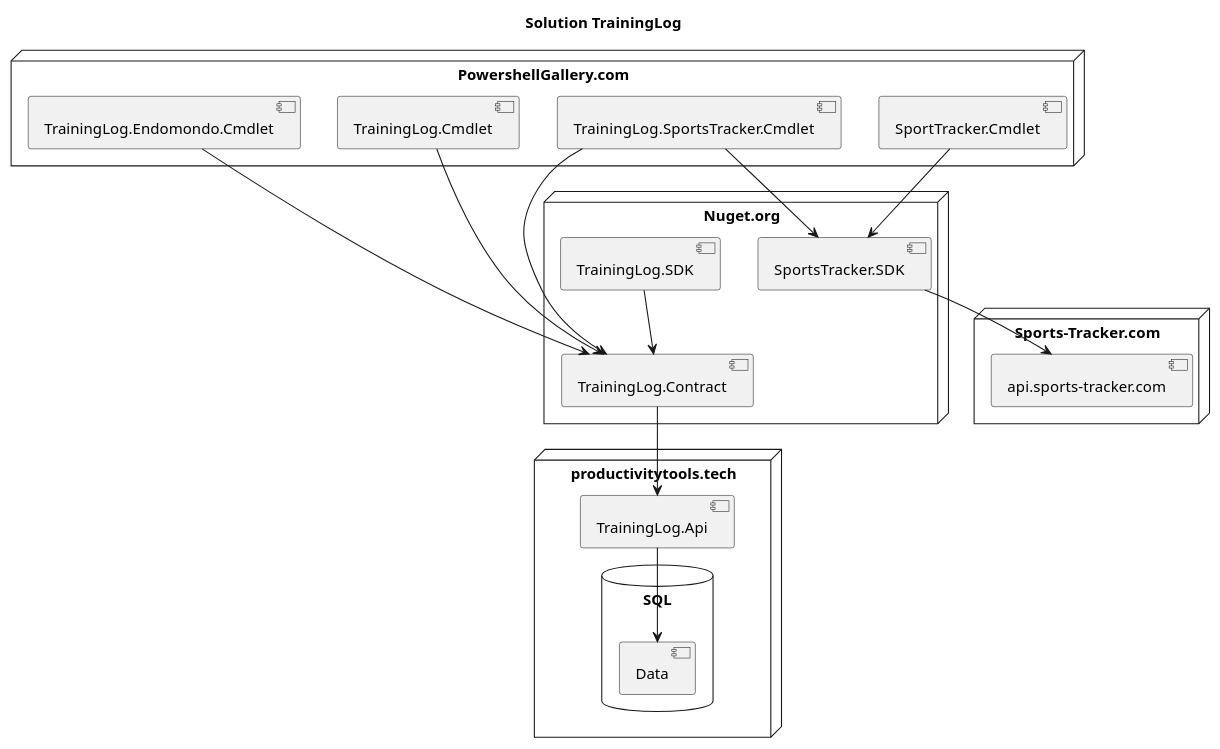
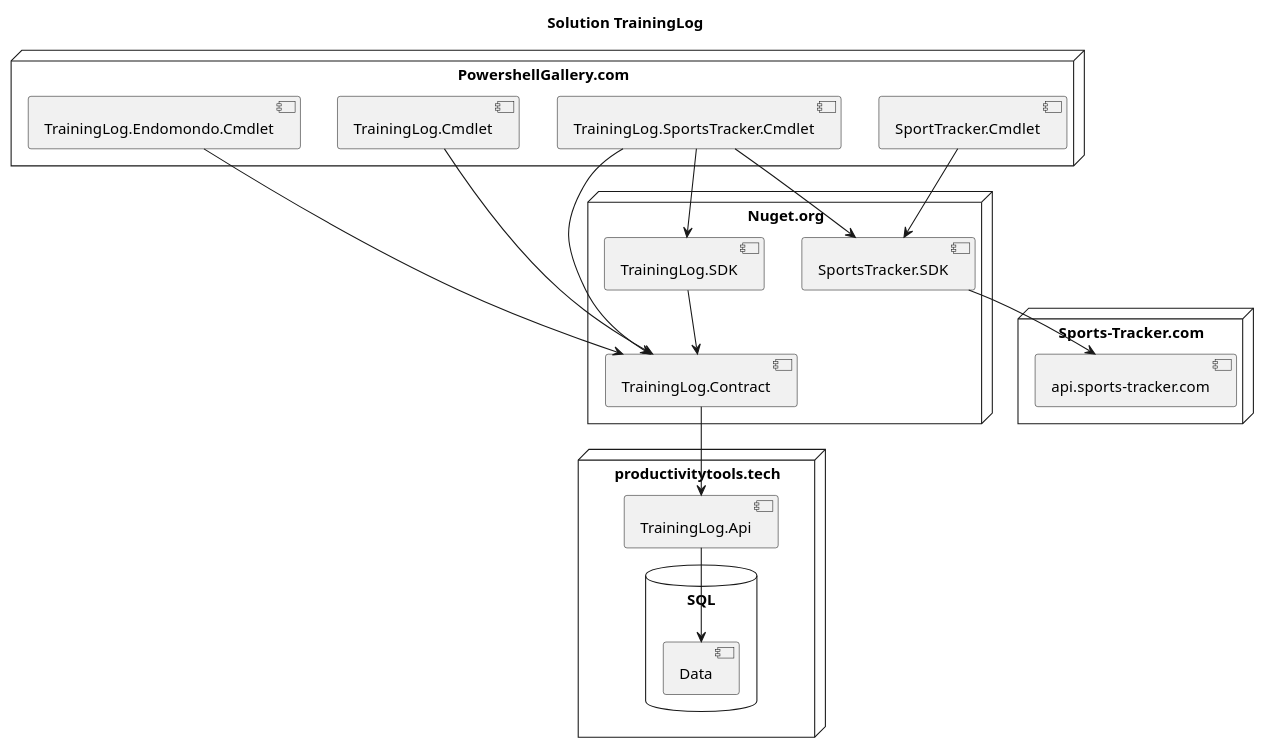
The diagram in Solution.wsd (ProductivityTools-TrainingLog/ProductivityTools-TrainingLog.github.io), drawn with PlantUML before and after one commit. The commit also changed 1 other file, not shown here.

```diff
--- a/Solution.wsd
+++ b/Solution.wsd
@@ -1,45 +1,46 @@
 @startuml
 
 title Solution TrainingLog
 
 node Nuget.org{
     [TrainingLog.SDK]
     [TrainingLog.Contract]
     [SportsTracker.SDK]
 }
 
 node PowershellGallery.com{
     [TrainingLog.Endomondo.Cmdlet]
     [TrainingLog.Cmdlet]
     [TrainingLog.SportsTracker.Cmdlet]
     [SportTracker.Cmdlet]
 }
 
 node [Sports-Tracker.com]{
     [api.sports-tracker.com]
 }
 
 
 node [productivitytools.tech]{
     [TrainingLog.Api]
     database "SQL\n" {
     [Data]
     }
 }
 
 
  [TrainingLog.SportsTracker.Cmdlet] -down->[SportsTracker.SDK]
+ [TrainingLog.SportsTracker.Cmdlet] -down->[TrainingLog.SDK]
  [SportsTracker.SDK] -down->[api.sports-tracker.com]
  [TrainingLog.SDK] -down->[TrainingLog.Contract]
  [TrainingLog.Endomondo.Cmdlet] -down->[TrainingLog.Contract]
  [TrainingLog.Contract] -down->  [TrainingLog.Api]
  [TrainingLog.SportsTracker.Cmdlet] -down-> [TrainingLog.Contract]
  [TrainingLog.Cmdlet] -down-> [TrainingLog.Contract]
  [TrainingLog.Api] -down->Data
  [SportTracker.Cmdlet] -down->[SportsTracker.SDK]
  
  
 
 
 
 @enduml
```
